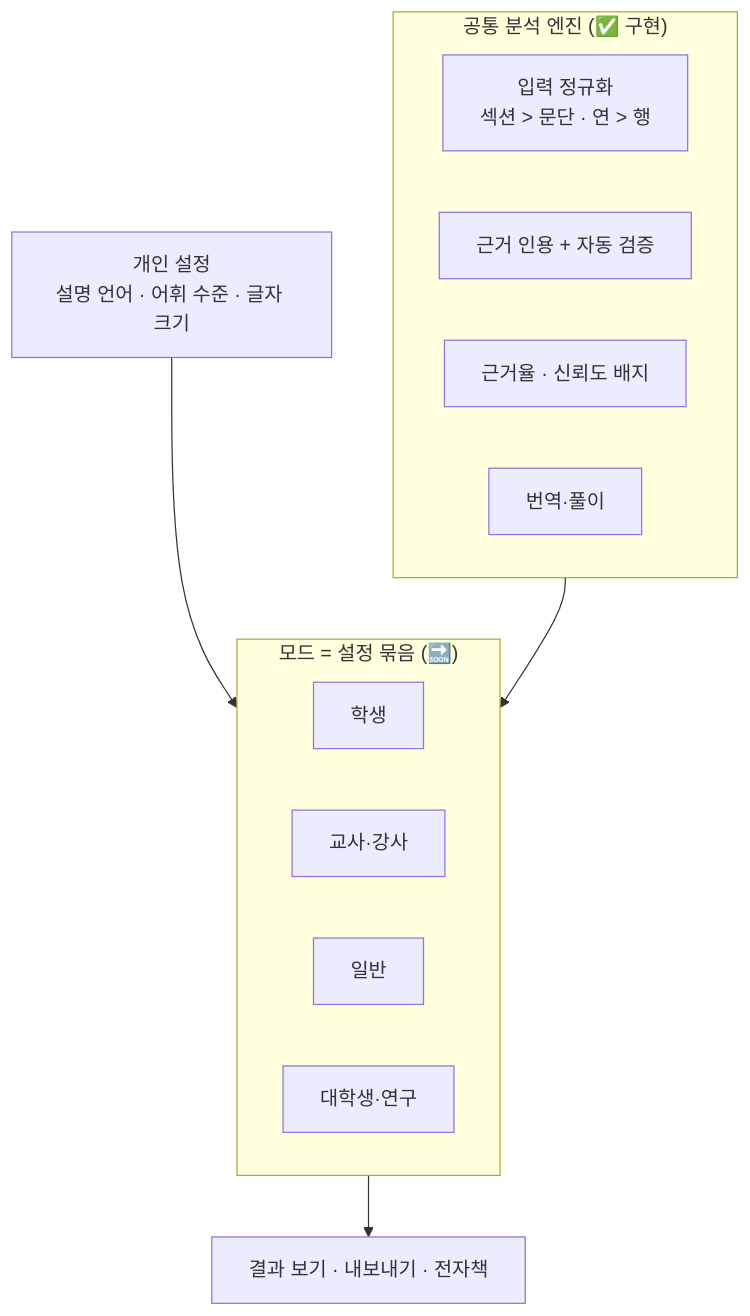
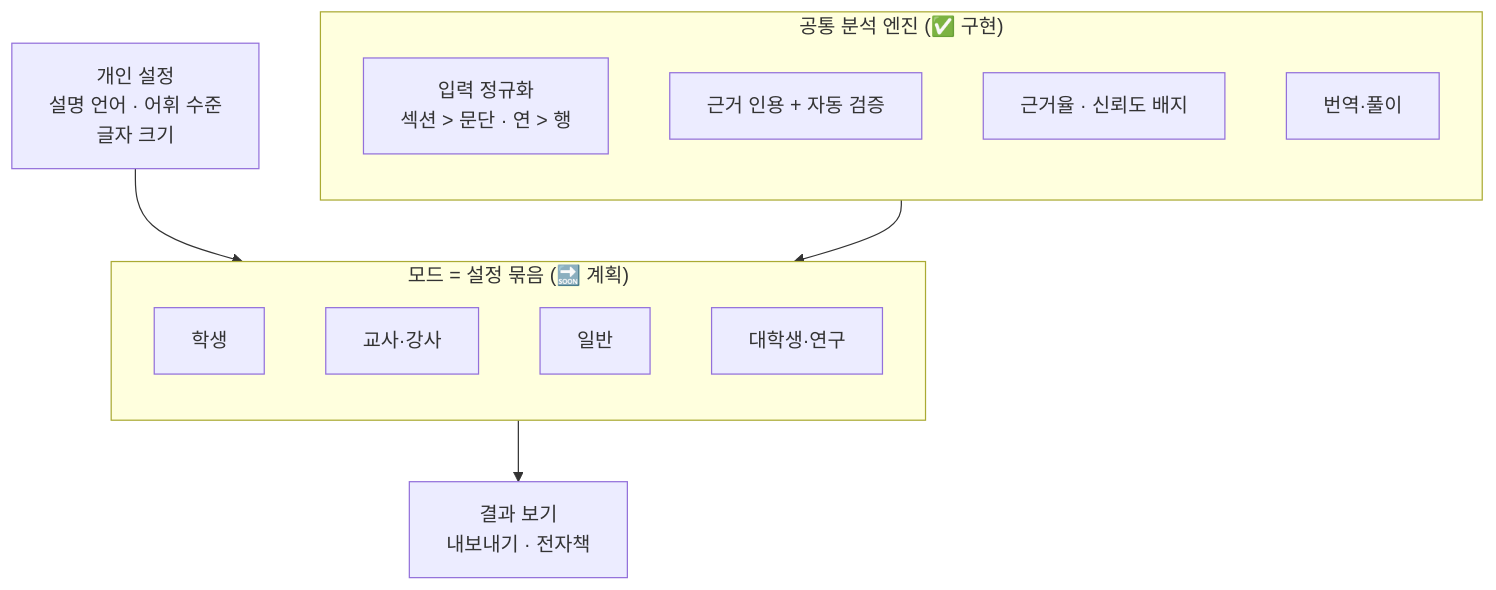
Before and after one commit to hyeoki0017/ReadHorizon: the first of 2 diagrams in docs/PRD.md, drawn with Mermaid. The commit also changed other lines of this file and 2 other files, not shown here.

Commit message:
PRD Word 판(docs/PRD.docx) 추가
- docs/PRD.docx: PRD.md에서 생성. 표지, 목차(본문 장 바로가기), 표 머리글 반복,
  쪽 번호, 다이어그램 이미지 포함. 스키마 검증과 PDF 렌더링으로 확인
- docs/PRD.md: 모드 구조 다이어그램을 가로 배치로 바꾸고, 원본·Word 판 위치를 표기
- README: Word 판 링크 추가

Claude-Session: https://claude.ai/code/session_018a9E4ARNhxiULyMg3AM4vj

````diff
--- a/docs/PRD.md
+++ b/docs/PRD.md
@@ -152,18 +153,20 @@
 ```mermaid
 flowchart TB
     subgraph Engine["공통 분석 엔진 (✅ 구현)"]
+        direction TB
         IN["입력 정규화<br/>섹션 > 문단 · 연 > 행"]
         CITE["근거 인용 + 자동 검증"]
         TRUST["근거율 · 신뢰도 배지"]
         TR["번역·풀이"]
     end
-    subgraph Modes["모드 = 설정 묶음 (🔜)"]
+    subgraph Modes["모드 = 설정 묶음 (🔜 계획)"]
+        direction TB
         S["학생"]
         T["교사·강사"]
         G["일반"]
         R["대학생·연구"]
     end
-    P["개인 설정<br/>설명 언어 · 어휘 수준 · 글자 크기"] --> Modes
+    P["개인 설정<br/>설명 언어 · 어휘 수준<br/>글자 크기"] --> Modes
     Engine --> Modes
-    Modes --> OUT["결과 보기 · 내보내기 · 전자책"]
+    Modes --> OUT["결과 보기<br/>내보내기 · 전자책"]
 ```
````
